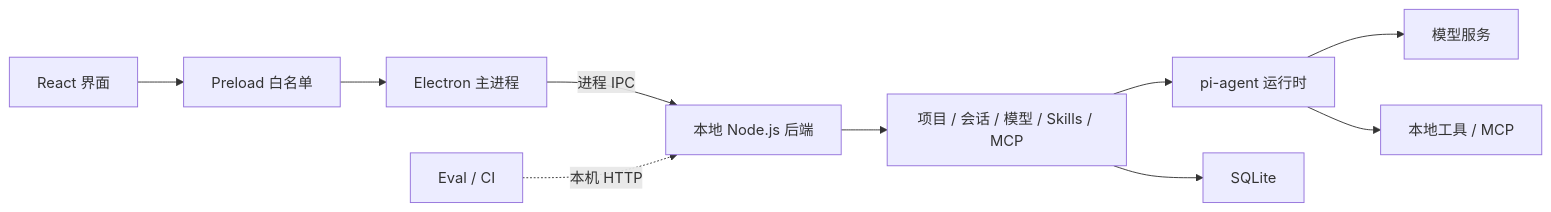
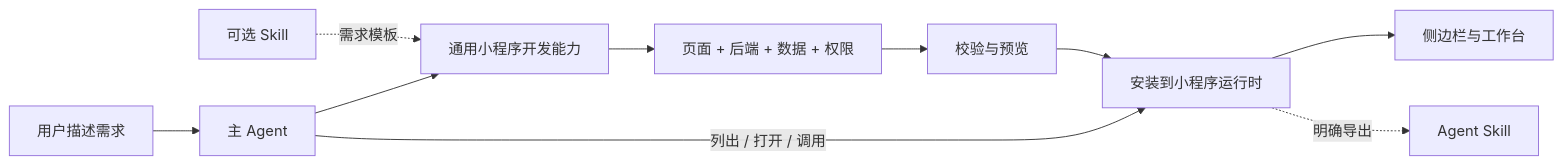
Before and after one commit to vibeinging/pi-desktop: the diagram in README.md, drawn with Mermaid. The commit also changed other lines of this file and 1206 other files, not shown here.

````diff
--- a/README.md
+++ b/README.md
@@ -51,12 +54,12 @@
 ```mermaid
 flowchart LR
-    UI["React 界面"] --> PRELOAD["Preload 白名单"]
-    PRELOAD --> MAIN["Electron 主进程"]
-    MAIN -->|进程 IPC| SERVER["本地 Node.js 后端"]
-    SERVER --> APP["项目 / 会话 / 模型 / Skills / MCP"]
-    APP --> AGENT["pi-agent 运行时"]
-    APP --> DB["SQLite"]
-    AGENT --> MODEL["模型服务"]
-    AGENT --> TOOLS["本地工具 / MCP"]
-    EVAL["Eval / CI"] -. 本机 HTTP .-> SERVER
+    USER["用户描述需求"] --> AGENT["主 Agent"]
+    SKILL["可选 Skill"] -. "需求模板" .-> BUILDER["通用小程序开发能力"]
+    AGENT --> BUILDER
+    BUILDER --> PACKAGE["页面 + 后端 + 数据 + 权限"]
+    PACKAGE --> CHECK["校验与预览"]
+    CHECK --> RUNTIME["安装到小程序运行时"]
+    RUNTIME --> WORKBENCH["侧边栏与工作台"]
+    AGENT -->|"列出 / 打开 / 调用"| RUNTIME
+    RUNTIME -. "明确导出" .-> EXPORTED["Agent Skill"]
 ```
````
